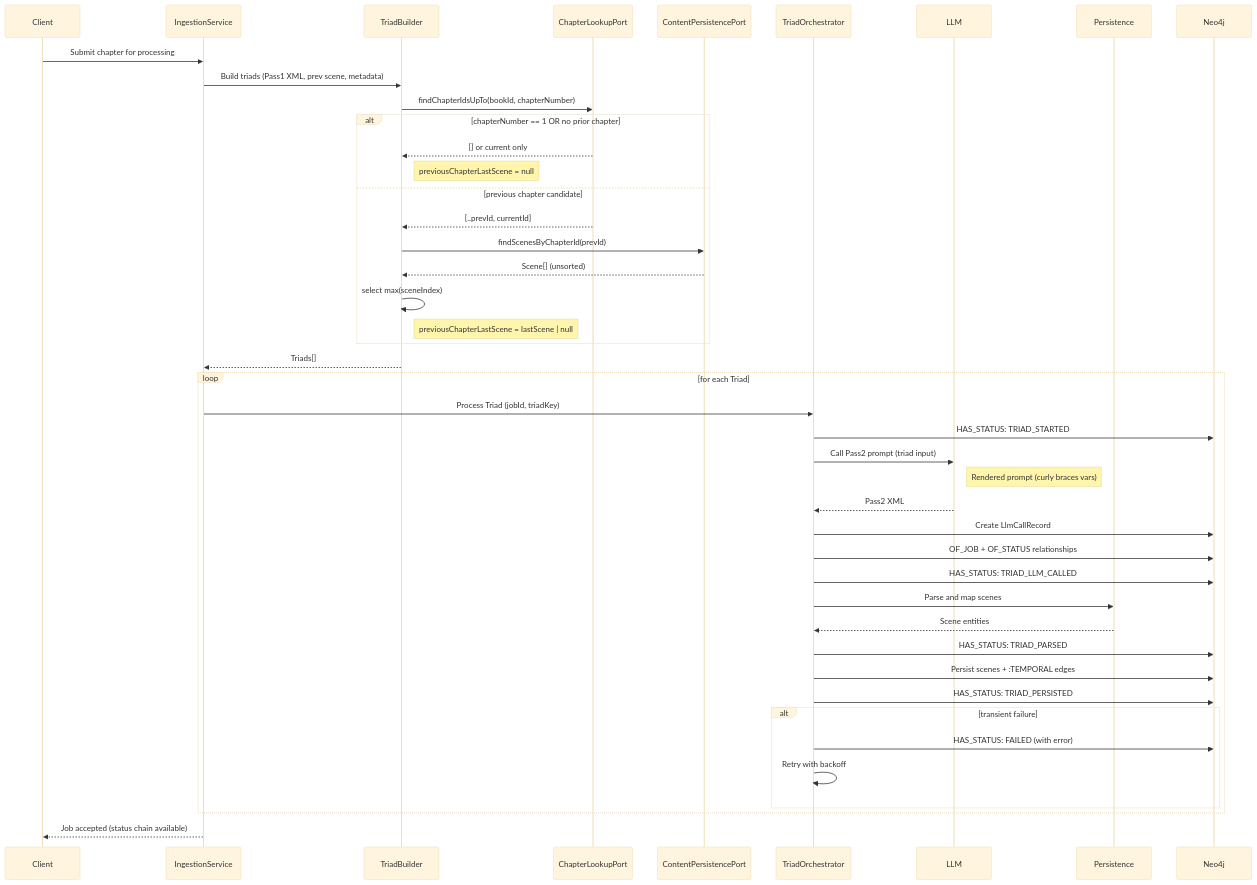
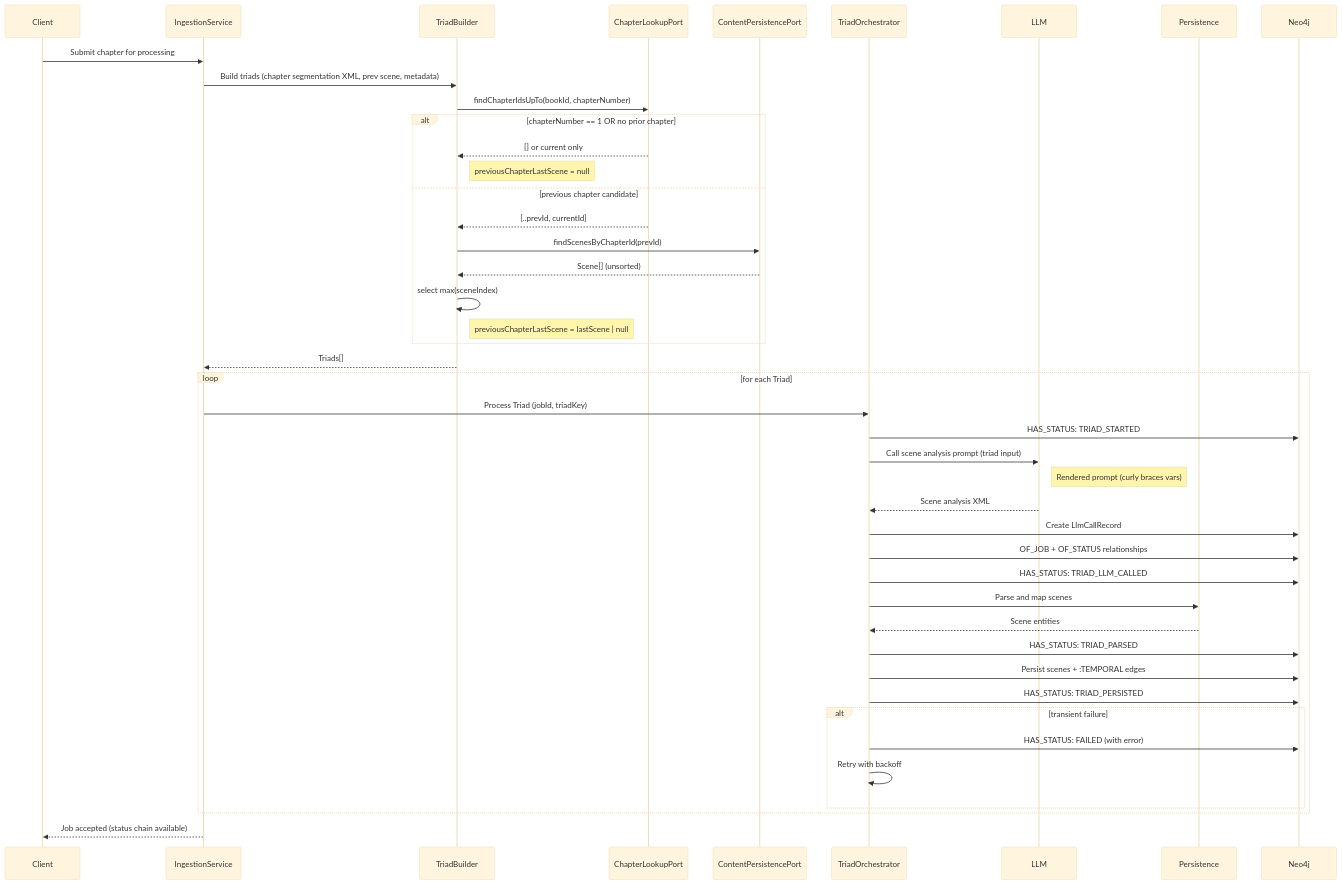
The first of 2 diagrams in docs/development/current/processes/triad-orchestration.md (chaixdev/lorevault-kb), drawn with Mermaid (base theme) before and after one commit. The commit also changed other lines of this file and 52 other files, not shown here.

First line of the commit message:
refactor: rename pass1/pass2 to chapter-segmentation/scene-analysis

````diff
--- a/docs/development/current/processes/triad-orchestration.md
+++ b/docs/development/current/processes/triad-orchestration.md
@@ -30,47 +30,47 @@
 ```mermaid
 sequenceDiagram
    participant Client
    participant IngestionService
    participant TriadBuilder
    participant ChapterLookupPort
    participant ContentPort as ContentPersistencePort
    participant TriadOrchestrator
    participant LLM
    participant Persistence
    participant Neo4j
 
    Client->>IngestionService: Submit chapter for processing
-   IngestionService->>TriadBuilder: Build triads (Pass1 XML, prev scene, metadata)
+   IngestionService->>TriadBuilder: Build triads (chapter segmentation XML, prev scene, metadata)
    TriadBuilder->>ChapterLookupPort: findChapterIdsUpTo(bookId, chapterNumber)
    alt chapterNumber == 1 OR no prior chapter
       ChapterLookupPort-->>TriadBuilder: [] or current only
       Note right of TriadBuilder: previousChapterLastScene = null
    else previous chapter candidate
       ChapterLookupPort-->>TriadBuilder: [..prevId, currentId]
       TriadBuilder->>ContentPort: findScenesByChapterId(prevId)
       ContentPort-->>TriadBuilder: Scene[] (unsorted)
       TriadBuilder->>TriadBuilder: select max(sceneIndex)
       Note right of TriadBuilder: previousChapterLastScene = lastScene | null
    end
    TriadBuilder-->>IngestionService: Triads[]
    loop for each Triad
       IngestionService->>TriadOrchestrator: Process Triad (jobId, triadKey)
       TriadOrchestrator->>Neo4j: HAS_STATUS: TRIAD_STARTED
-      TriadOrchestrator->>LLM: Call Pass2 prompt (triad input)
+      TriadOrchestrator->>LLM: Call scene analysis prompt (triad input)
       Note right of LLM: Rendered prompt (curly braces vars)
-      LLM-->>TriadOrchestrator: Pass2 XML
+      LLM-->>TriadOrchestrator: Scene analysis XML
       TriadOrchestrator->>Neo4j: Create LlmCallRecord
       TriadOrchestrator->>Neo4j: OF_JOB + OF_STATUS relationships
       TriadOrchestrator->>Neo4j: HAS_STATUS: TRIAD_LLM_CALLED
       TriadOrchestrator->>Persistence: Parse and map scenes
       Persistence-->>TriadOrchestrator: Scene entities
       TriadOrchestrator->>Neo4j: HAS_STATUS: TRIAD_PARSED
       TriadOrchestrator->>Neo4j: Persist scenes + :TEMPORAL edges
       TriadOrchestrator->>Neo4j: HAS_STATUS: TRIAD_PERSISTED
       alt transient failure
          TriadOrchestrator->>Neo4j: HAS_STATUS: FAILED (with error)
          TriadOrchestrator->>TriadOrchestrator: Retry with backoff
       end
    end
    IngestionService-->>Client: Job accepted (status chain available)
 ```
````
